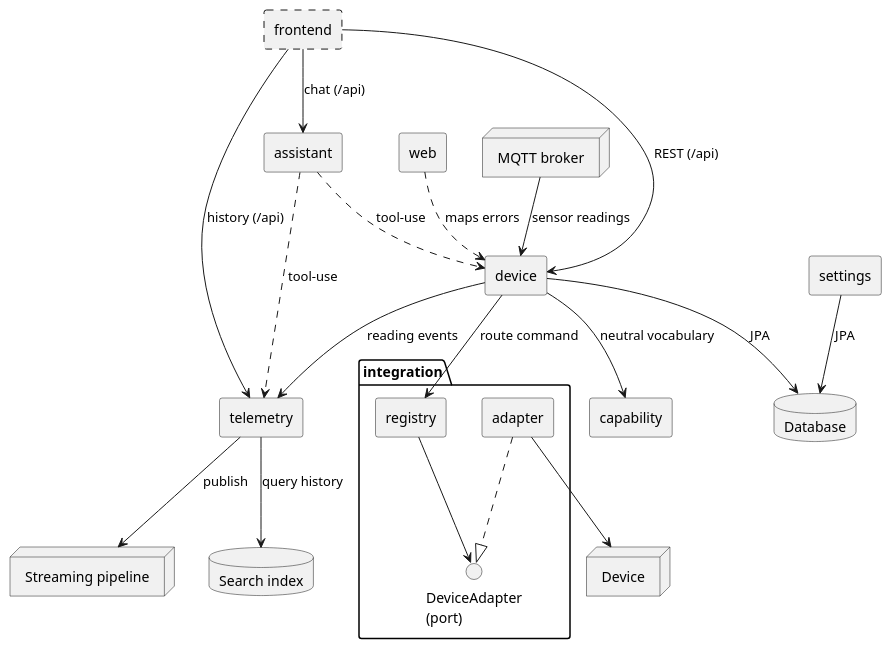
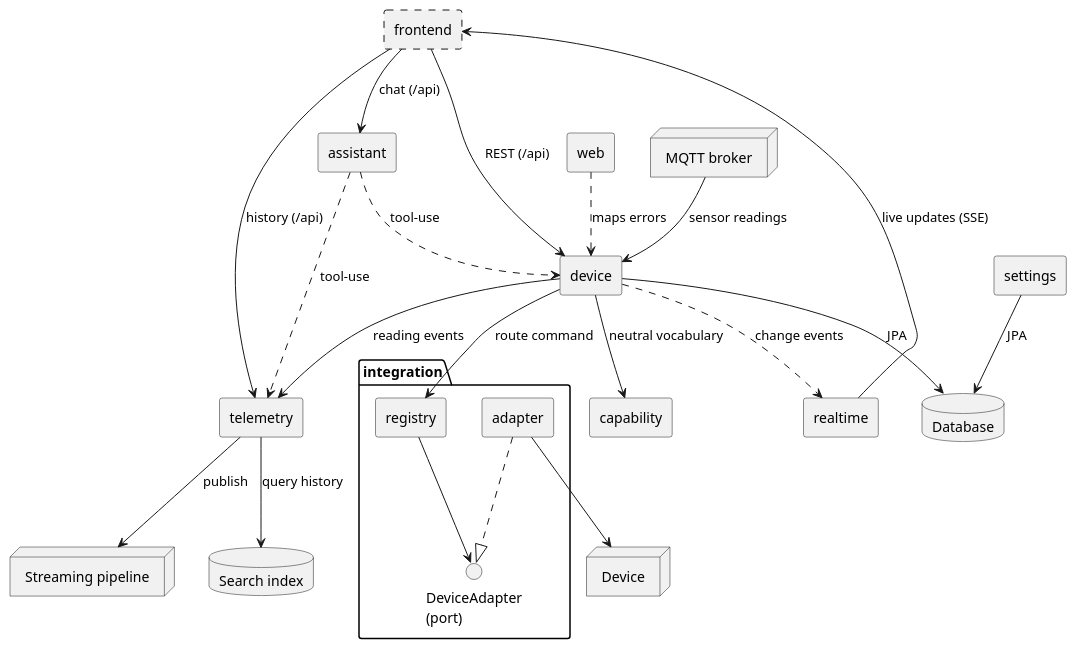
One commit to FelixGeisler/SmartHome changed the diagram in docs/modules/ROOT/pages/05-building-block-view.adoc. Above: the diagram before and after it, drawn with PlantUML. The commit also changed other lines of this file and 5 other files, not shown here.

Commit message:
#50 Record ADR 11 (push live updates with Server-Sent Events) and mention the push path in the affected views and the frontend README.

```diff
--- a/docs/modules/ROOT/pages/05-building-block-view.adoc
+++ b/docs/modules/ROOT/pages/05-building-block-view.adoc
@@ -3,42 +3,45 @@
 [plantuml,building-blocks,svg]
 ----
 @startuml
 skinparam componentStyle rectangle
 
 [frontend] #line.dashed
 [assistant]
 [web]
 [device]
 [capability]
 package "integration" {
   interface "DeviceAdapter\n(port)" as port
   [registry]
   [adapter]
 }
 [settings]
 [telemetry]
+[realtime]
 database "Database" as db
 database "Search index" as idx
 node "MQTT broker" as broker
 node "Streaming pipeline" as pipeline
 node "Device" as dev
 
 [frontend] --> [device] : REST (/api)
 [frontend] --> [telemetry] : history (/api)
 [frontend] --> [assistant] : chat (/api)
+[realtime] --> [frontend] : live updates (SSE)
+[device] ..> [realtime] : change events
 [assistant] ..> [device] : tool-use
 [assistant] ..> [telemetry] : tool-use
 [web] ..> [device] : maps errors
 [device] --> [capability] : neutral vocabulary
 [device] --> db : JPA
 [device] --> [registry] : route command
 [registry] --> port
 [adapter] ..|> port
 [adapter] --> dev
 broker --> [device] : sensor readings
 [device] --> [telemetry] : reading events
 [telemetry] --> pipeline : publish
 [telemetry] --> idx : query history
 [settings] --> db : JPA
 @enduml
 ----
```
